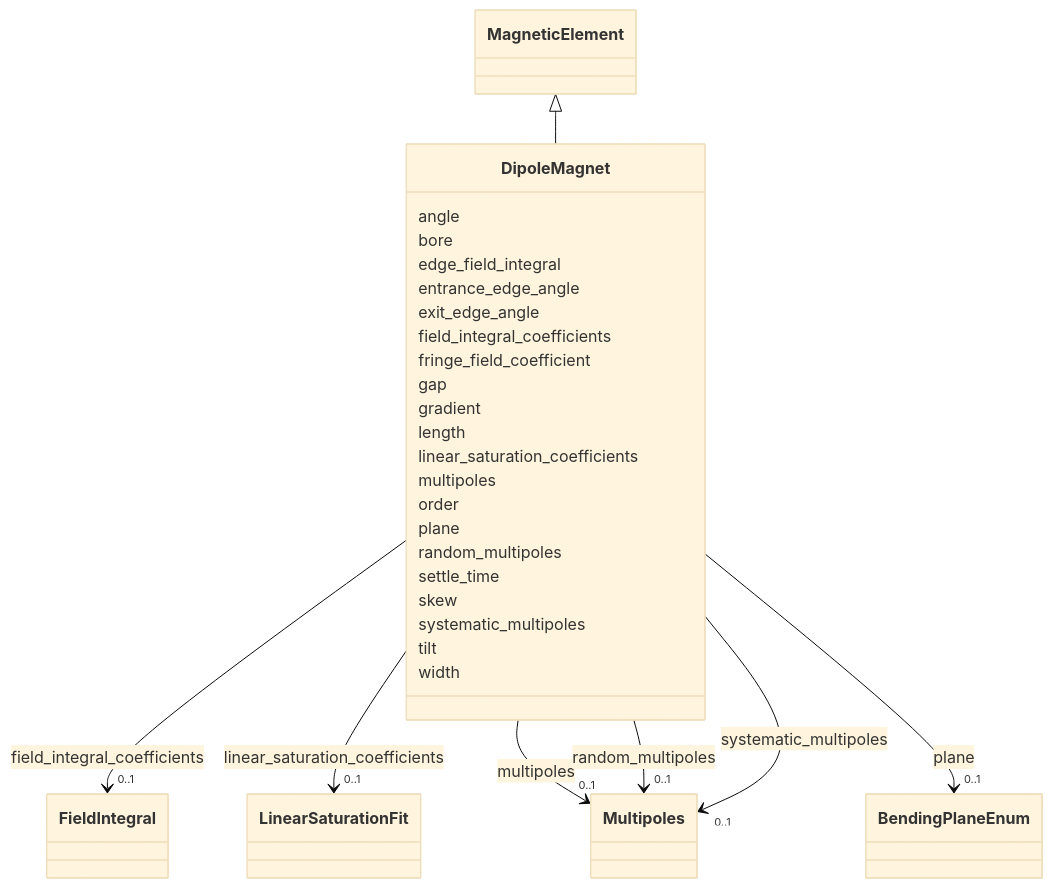
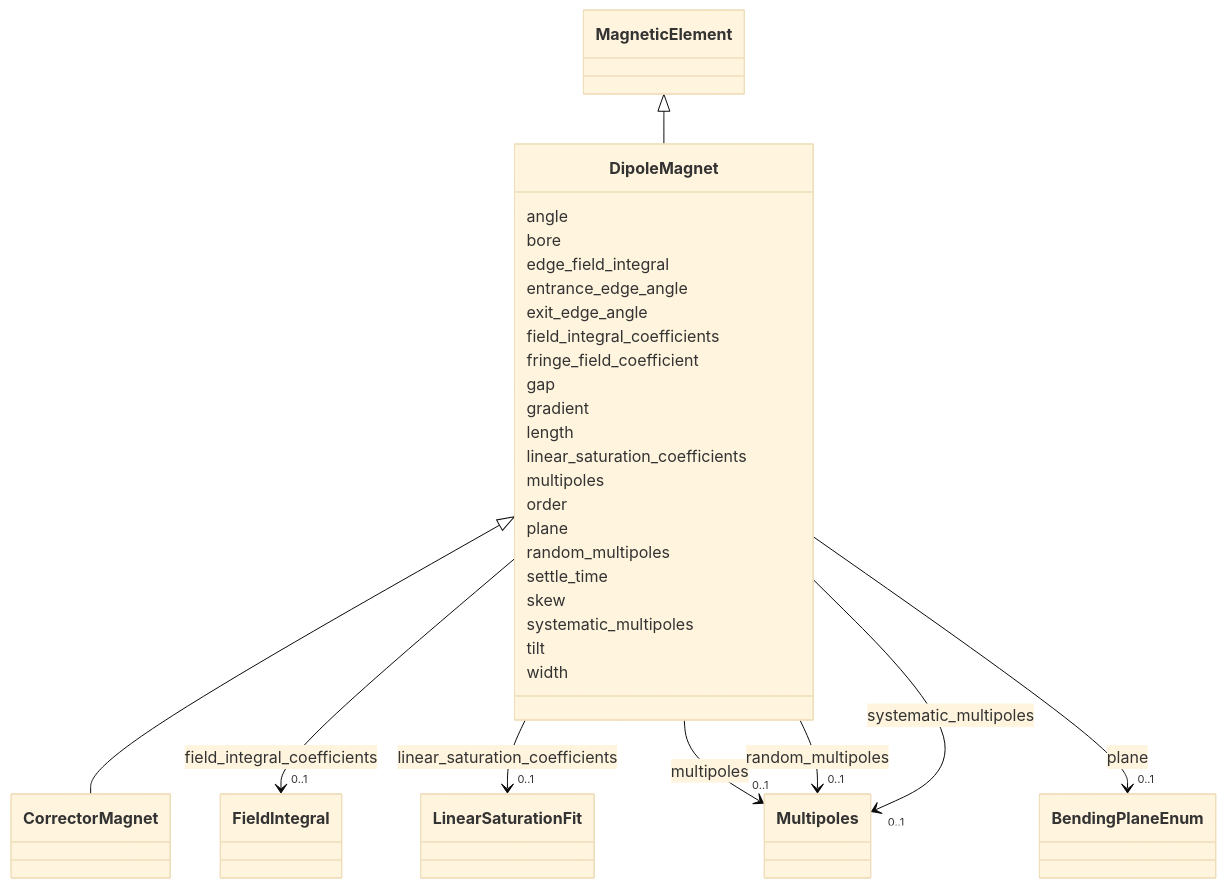
One commit to astec-stfc/laura changed the diagram in docs/source/schema/DipoleMagnet.md. Above: the diagram before and after it, drawn with Mermaid (base theme). The commit also changed other lines of this file and 49 other files, not shown here.

Commit message:
Corrector_Magnet maps horizontal_ and vertical_kick to multipoles.K0L.normal and skew respectively

```diff
--- a/docs/source/schema/DipoleMagnet.md
+++ b/docs/source/schema/DipoleMagnet.md
@@ -17,6 +17,11 @@
       MagneticElement <|-- DipoleMagnet
         click MagneticElement href "../MagneticElement/"
       
+
+      DipoleMagnet <|-- CorrectorMagnet
+        click CorrectorMagnet href "../CorrectorMagnet/"
+      
+
       DipoleMagnet : angle
         
       DipoleMagnet : bore
```
